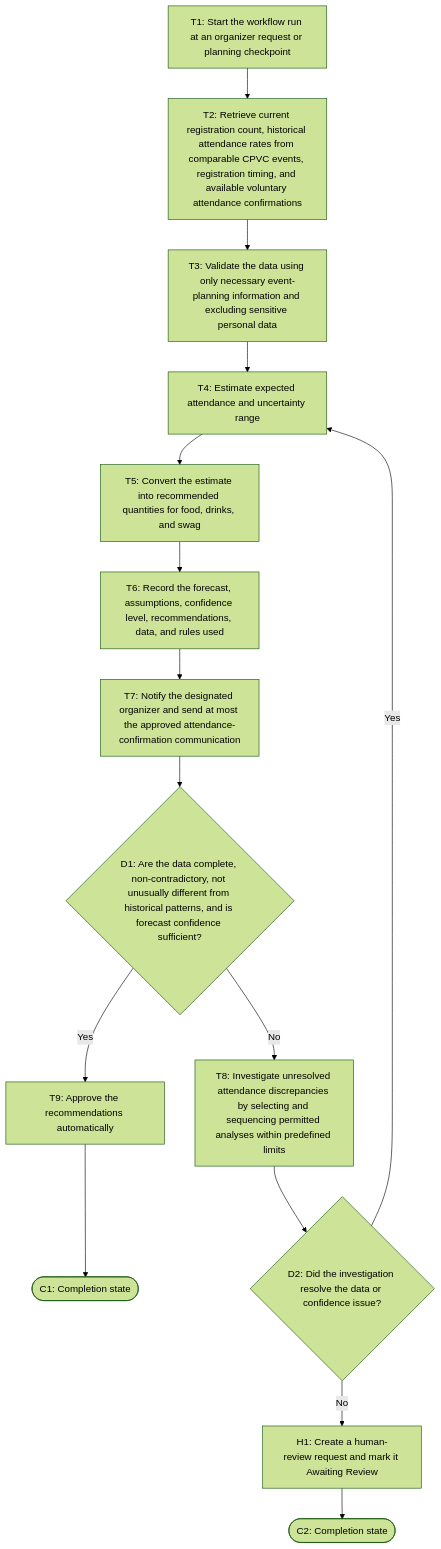
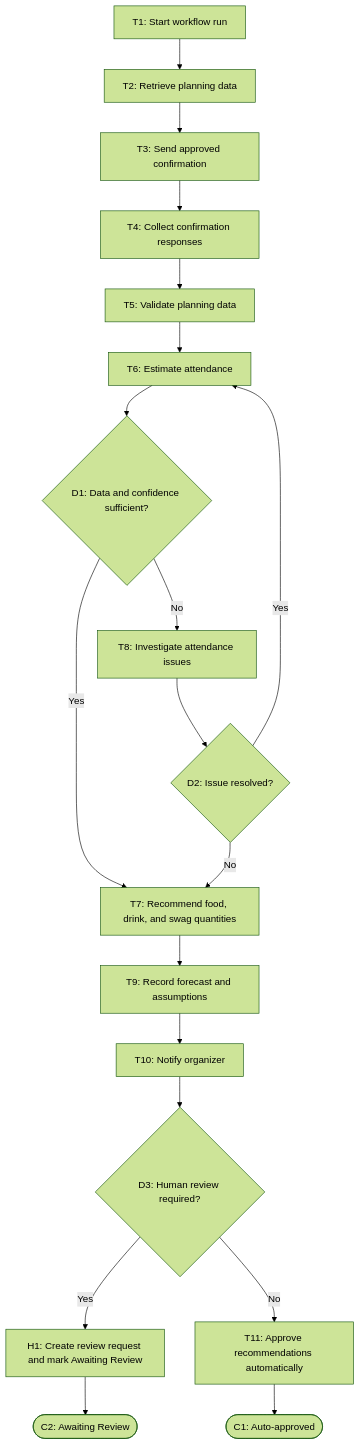
The diagram in my_first_agent/agent/workflow-of-tasks.md (pghosh-101/BUS4498_InClass_Builds), drawn with Mermaid (forest theme) before and after one commit. The commit also changed other lines of this file, not shown here.

````diff
--- a/my_first_agent/agent/workflow-of-tasks.md
+++ b/my_first_agent/agent/workflow-of-tasks.md
@@ -23,17 +23,21 @@
 ```mermaid
 flowchart TD
-    T1["T1: Start the workflow run at an organizer request or planning checkpoint"] --> T2["T2: Retrieve current registration count, historical attendance rates from comparable CPVC events, registration timing, and available voluntary attendance confirmations"]
-    T2 --> T3["T3: Validate the data using only necessary event-planning information and excluding sensitive personal data"]
-    T3 --> T4["T4: Estimate expected attendance and uncertainty range"]
-    T4 --> T5["T5: Convert the estimate into recommended quantities for food, drinks, and swag"]
-    T5 --> T6["T6: Record the forecast, assumptions, confidence level, recommendations, data, and rules used"]
-    T6 --> T7["T7: Notify the designated organizer and send at most the approved attendance-confirmation communication"]
-    T7 --> D1{"D1: Are the data complete, non-contradictory, not unusually different from historical patterns, and is forecast confidence sufficient?"}
-    D1 -->|Yes| T9["T9: Approve the recommendations automatically"]
-    D1 -->|No| T8["T8: Investigate unresolved attendance discrepancies by selecting and sequencing permitted analyses within predefined limits"]
-    T8 --> D2{"D2: Did the investigation resolve the data or confidence issue?"}
-    D2 -->|Yes| T4
-    D2 -->|No| H1["H1: Create a human-review request and mark it Awaiting Review"]
-    T9 --> C1([C1: Completion state])
-    H1 --> C2([C2: Completion state])
+    T1["T1: Start workflow run"] --> T2["T2: Retrieve planning data"]
+    T2 --> T3["T3: Send approved confirmation"]
+    T3 --> T4["T4: Collect confirmation responses"]
+    T4 --> T5["T5: Validate planning data"]
+    T5 --> T6["T6: Estimate attendance"]
+    T6 --> D1{"D1: Data and confidence sufficient?"}
+    D1 -->|Yes| T7["T7: Recommend food, drink, and swag quantities"]
+    D1 -->|No| T8["T8: Investigate attendance issues"]
+    T8 --> D2{"D2: Issue resolved?"}
+    D2 -->|Yes| T6
+    D2 -->|No| T7
+    T7 --> T9["T9: Record forecast and assumptions"]
+    T9 --> T10["T10: Notify organizer"]
+    T10 --> D3{"D3: Human review required?"}
+    D3 -->|Yes| H1["H1: Create review request and mark Awaiting Review"]
+    D3 -->|No| T11["T11: Approve recommendations automatically"]
+    H1 --> C2([C2: Awaiting Review])
+    T11 --> C1([C1: Auto-approved])
 ```
````
